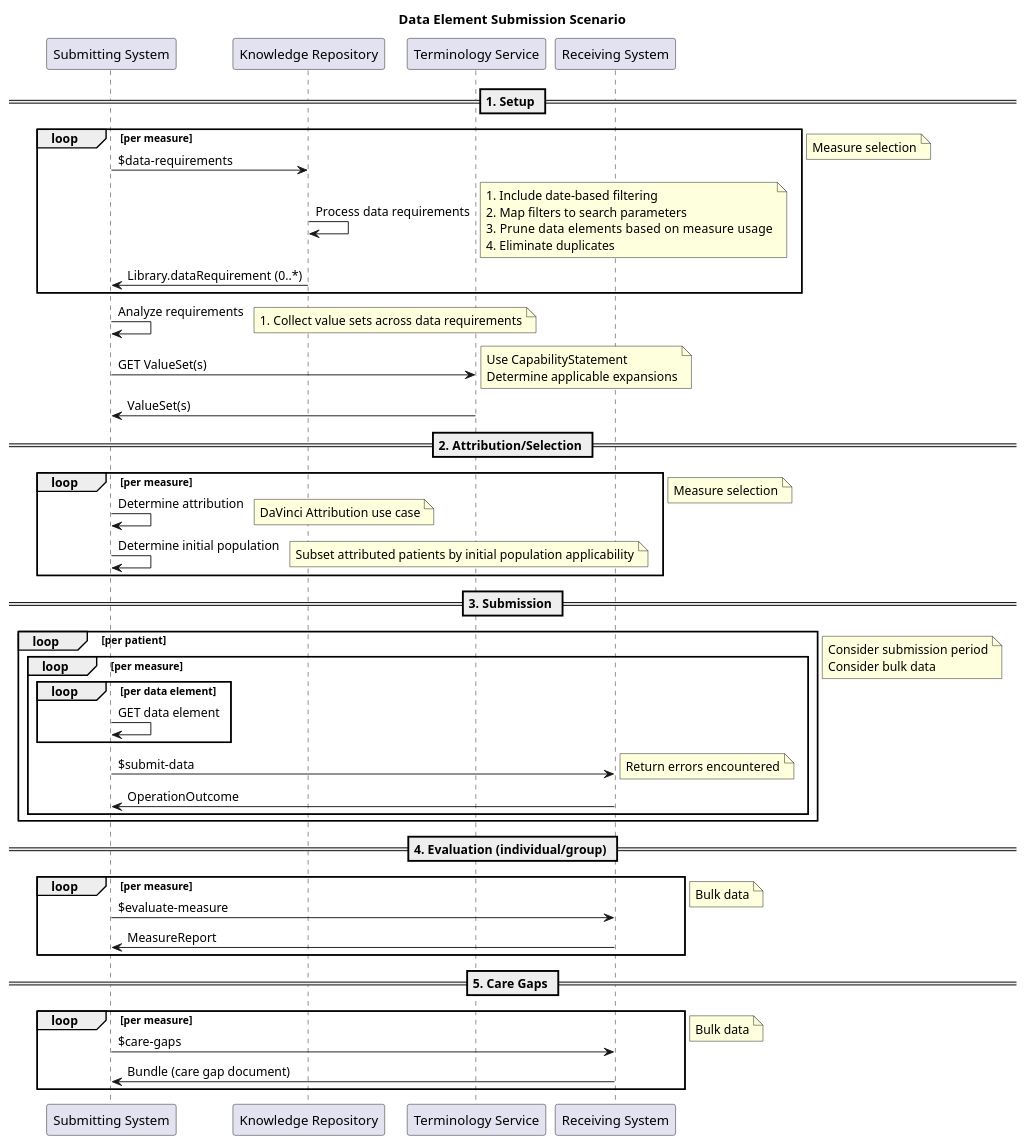
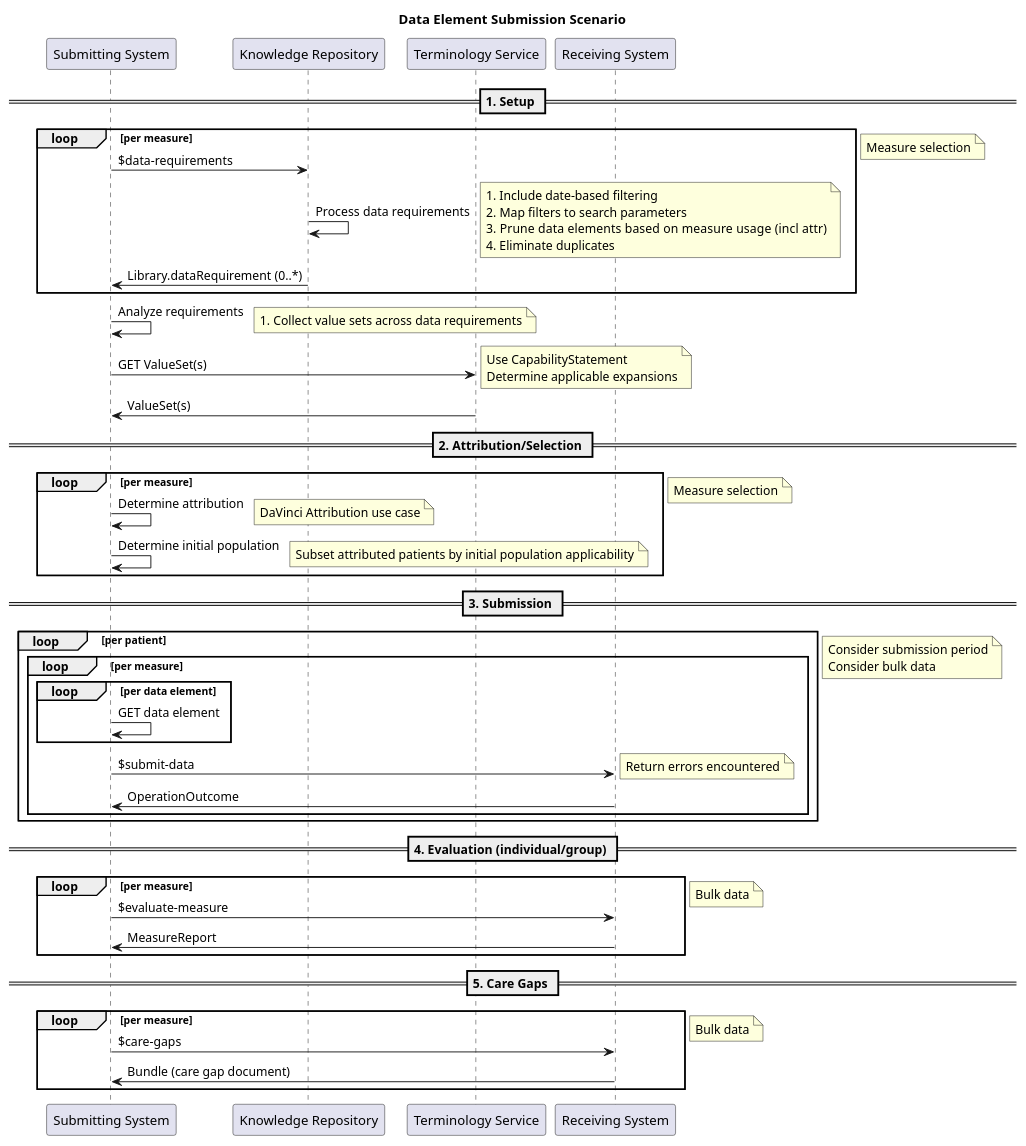
The diagram in diagrams/data-element-submission.puml (HL7/cqf-measures), drawn with PlantUML before and after one commit. The commit also changed 7 other files, not shown here.

```diff
--- a/diagrams/data-element-submission.puml
+++ b/diagrams/data-element-submission.puml
@@ -1,57 +1,57 @@
 @startuml Data_Element_Submission_Scenario
 title Data Element Submission Scenario
 participant "Submitting System" as Submitter
 participant "Knowledge Repository" as KR
 participant "Terminology Service" as TS
 participant "Receiving System" as Receiver
 
 == 1. Setup ==
 loop per measure
     Submitter -> KR: $data-requirements
     KR -> KR: Process data requirements
-    note right: 1. Include date-based filtering\n2. Map filters to search parameters\n3.   Prune data elements based on measure usage\n4. Eliminate duplicates
+    note right: 1. Include date-based filtering\n2. Map filters to search parameters\n3.   Prune data elements based on measure usage (incl attr)\n4. Eliminate duplicates
     KR -> Submitter: Library.dataRequirement (0..*)
 end
 note right: Measure selection
 Submitter -> Submitter: Analyze requirements
 note right: 1. Collect value sets across data requirements
 Submitter -> TS: GET ValueSet(s)
 note right: Use CapabilityStatement\nDetermine applicable expansions
 TS -> Submitter: ValueSet(s)
 
 == 2. Attribution/Selection ==
 loop per measure
     Submitter -> Submitter: Determine attribution
     note right: DaVinci Attribution use case
     Submitter -> Submitter: Determine initial population
     note right: Subset attributed patients by initial population applicability
 end
 note right: Measure selection
 
 == 3. Submission ==
 loop per patient
     loop per measure
         loop per data element
             Submitter -> Submitter: GET data element
         end
         Submitter -> Receiver: $submit-data
         note right: Return errors encountered
         Receiver -> Submitter: OperationOutcome
     end
 end
 note right: Consider submission period\nConsider bulk data
 
 == 4. Evaluation (individual/group) ==
 loop per measure
     Submitter -> Receiver: $evaluate-measure
     Receiver -> Submitter: MeasureReport
 end
 note right: Bulk data
 
 == 5. Care Gaps ==
 loop per measure
     Submitter -> Receiver: $care-gaps
     Receiver -> Submitter: Bundle (care gap document)
 end
 note right: Bulk data
 @enduml
```
